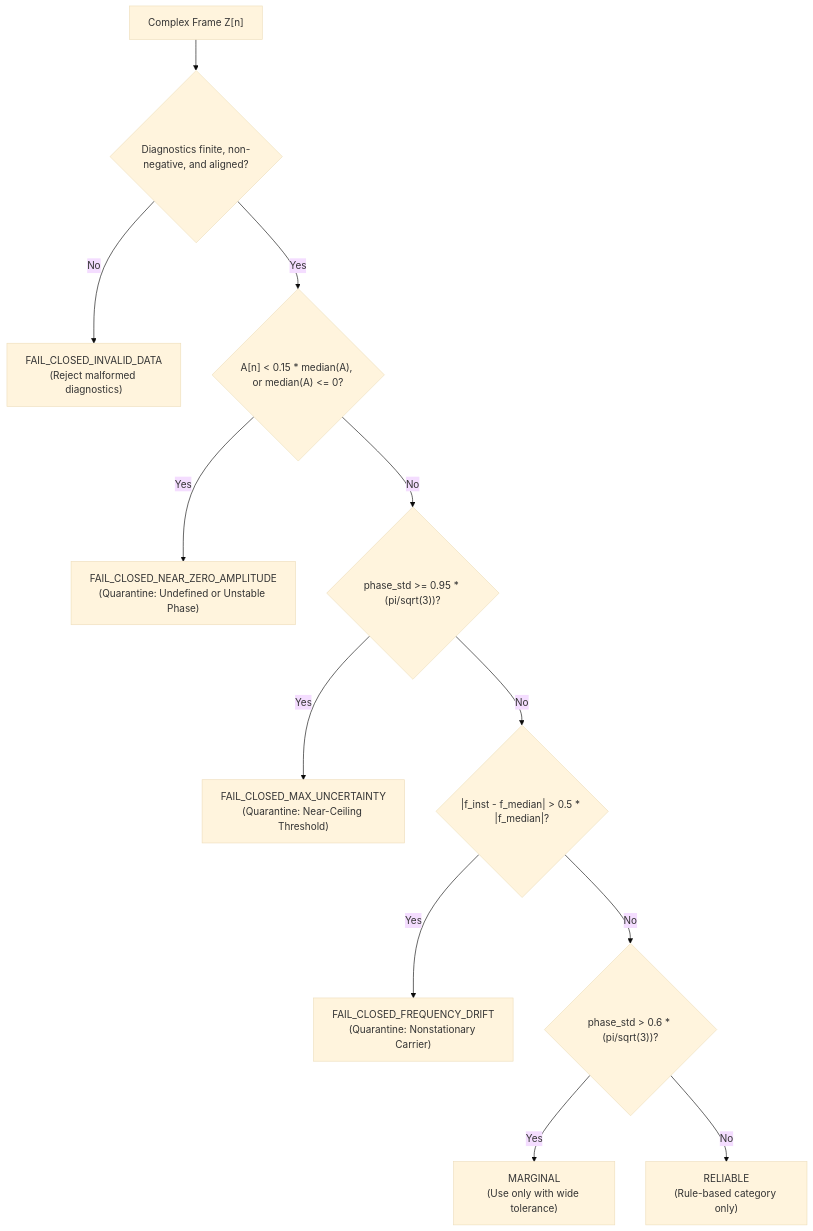
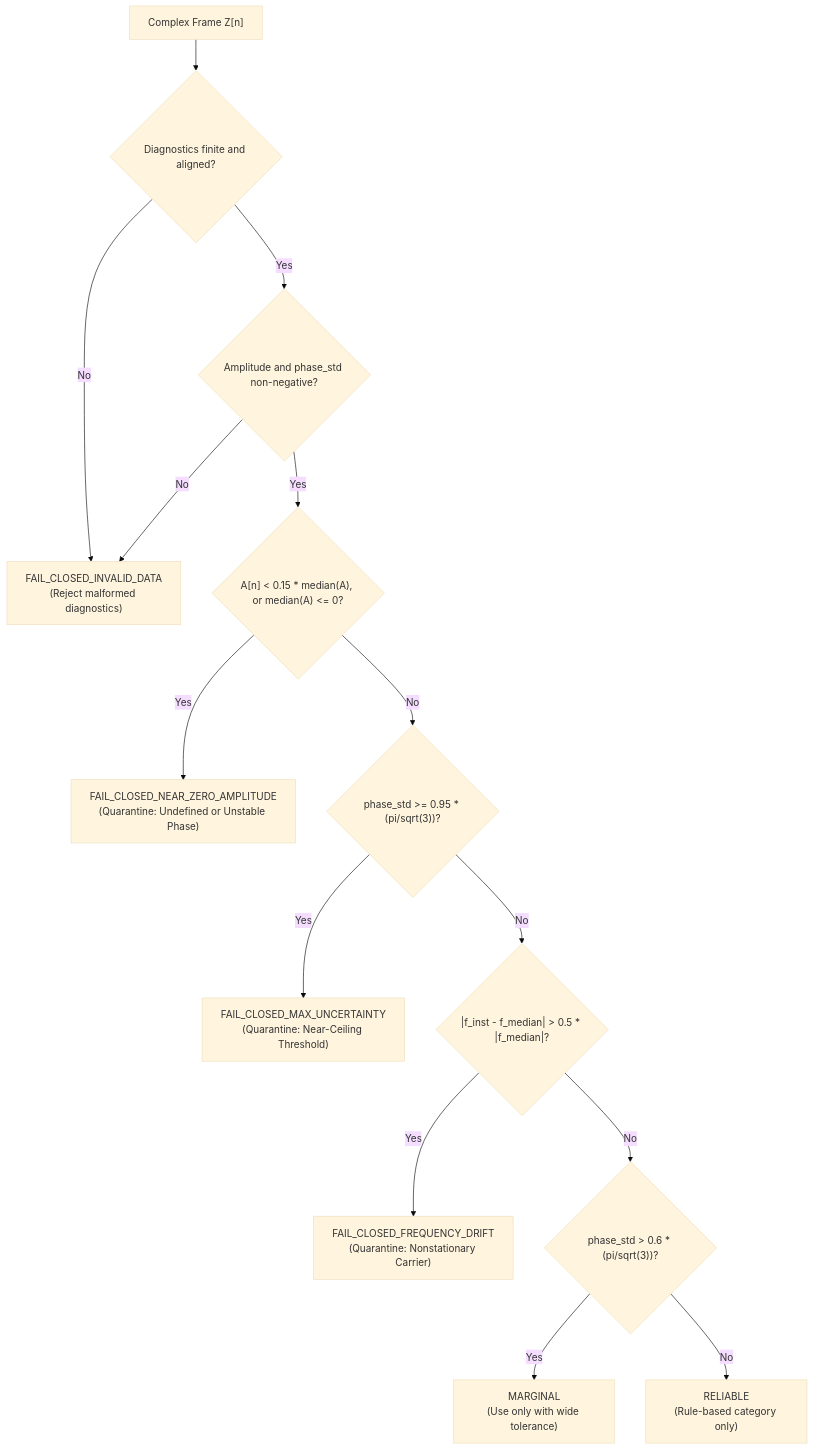
Before and after one commit to ChristianV997/NeuroTopology-Sim: the diagram in docs/phase_uncertainty_calibration.md, drawn with Mermaid (base theme). The commit also changed other lines of this file and 3 other files, not shown here.

Commit message:
fix(phase-uncertainty): reject invalid calibration bins

````diff
--- a/docs/phase_uncertainty_calibration.md
+++ b/docs/phase_uncertainty_calibration.md
@@ -97,14 +97,16 @@
 ```mermaid
 flowchart TD
-    A["Complex Frame Z[n]"] --> B{"Diagnostics finite, non-negative, and aligned?"}
+    A["Complex Frame Z[n]"] --> B{"Diagnostics finite and aligned?"}
     B -- No --> C["FAIL_CLOSED_INVALID_DATA<br>(Reject malformed diagnostics)"]
-    B -- Yes --> D{"A[n] < 0.15 * median(A), or median(A) <= 0?"}
-    D -- Yes --> E["FAIL_CLOSED_NEAR_ZERO_AMPLITUDE<br>(Quarantine: Undefined or Unstable Phase)"]
-    D -- No --> F{"phase_std >= 0.95 * (pi/sqrt(3))?"}
-    F -- Yes --> G["FAIL_CLOSED_MAX_UNCERTAINTY<br>(Quarantine: Near-Ceiling Threshold)"]
-    F -- No --> H{"|f_inst - f_median| > 0.5 * |f_median|?"}
-    H -- Yes --> I["FAIL_CLOSED_FREQUENCY_DRIFT<br>(Quarantine: Nonstationary Carrier)"]
-    H -- No --> J{"phase_std > 0.6 * (pi/sqrt(3))?"}
-    J -- Yes --> K["MARGINAL<br>(Use only with wide tolerance)"]
-    J -- No --> L["RELIABLE<br>(Rule-based category only)"]
+    B -- Yes --> D{"Amplitude and phase_std non-negative?"}
+    D -- No --> C
+    D -- Yes --> E{"A[n] < 0.15 * median(A), or median(A) <= 0?"}
+    E -- Yes --> F["FAIL_CLOSED_NEAR_ZERO_AMPLITUDE<br>(Quarantine: Undefined or Unstable Phase)"]
+    E -- No --> G{"phase_std >= 0.95 * (pi/sqrt(3))?"}
+    G -- Yes --> H["FAIL_CLOSED_MAX_UNCERTAINTY<br>(Quarantine: Near-Ceiling Threshold)"]
+    G -- No --> I{"|f_inst - f_median| > 0.5 * |f_median|?"}
+    I -- Yes --> J["FAIL_CLOSED_FREQUENCY_DRIFT<br>(Quarantine: Nonstationary Carrier)"]
+    I -- No --> K{"phase_std > 0.6 * (pi/sqrt(3))?"}
+    K -- Yes --> L["MARGINAL<br>(Use only with wide tolerance)"]
+    K -- No --> M["RELIABLE<br>(Rule-based category only)"]
 ```
````
